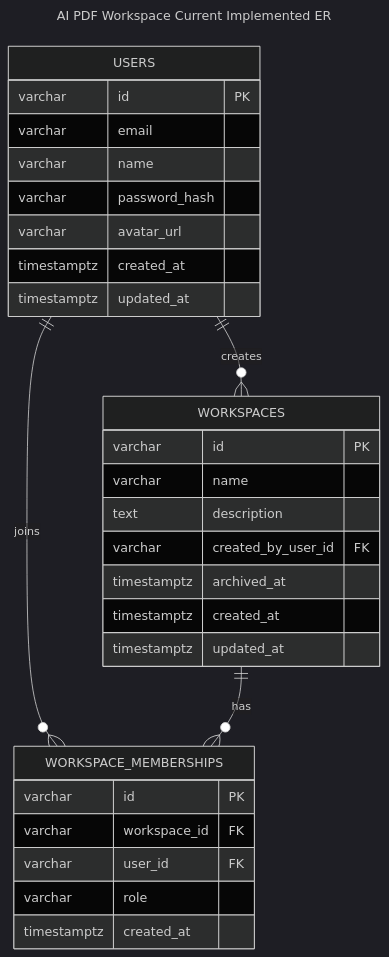
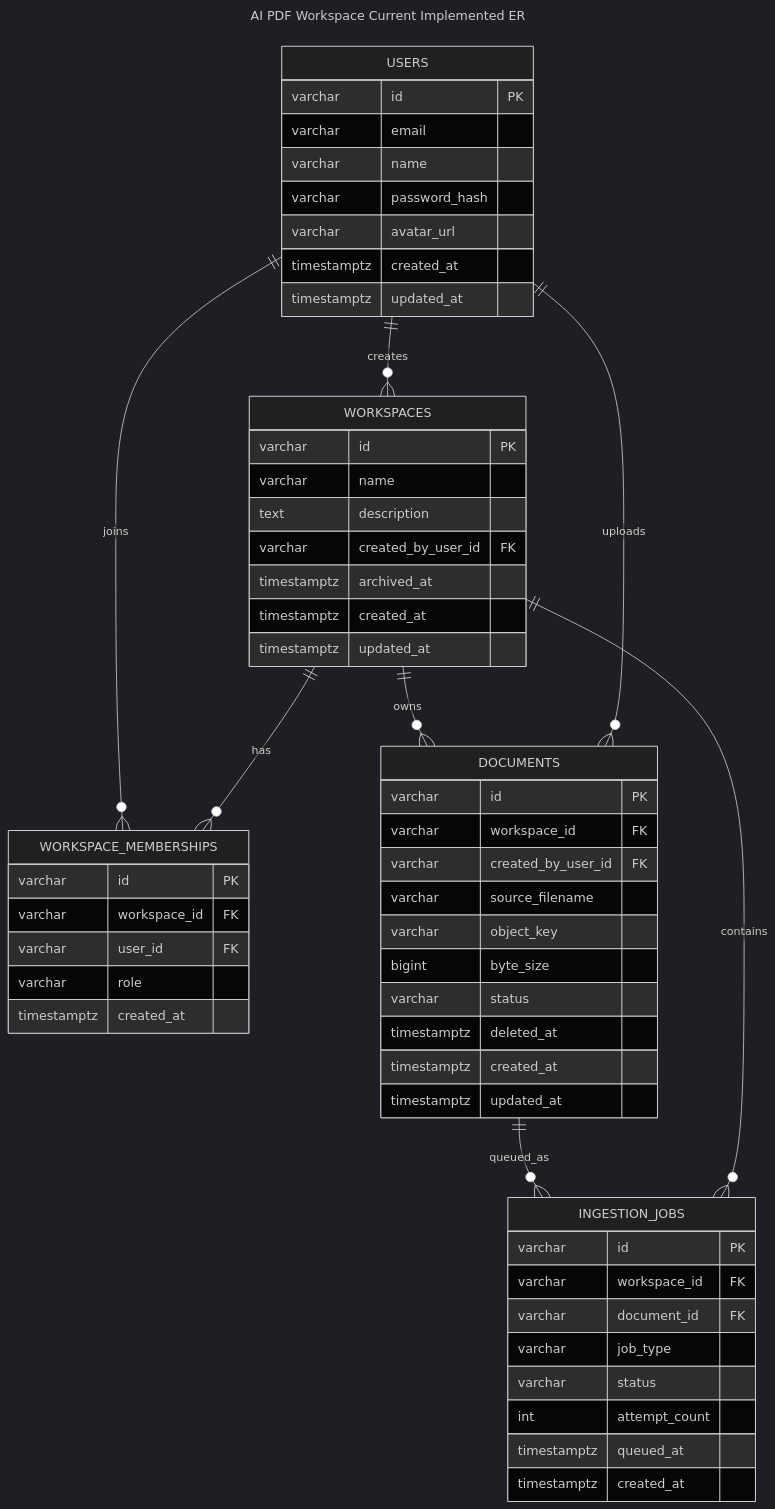
Before and after one commit to Gujiassh/ai-pdf-workspace: the first of 2 diagrams in docs/architecture/database-design.md, drawn with Mermaid (dark theme). The commit also changed other lines of this file and 36 other files, not shown here.

Commit message:
feat: 接通 documents 与 ingestion jobs 真链路

````diff
--- a/docs/architecture/database-design.md
+++ b/docs/architecture/database-design.md
@@ -762,37 +764,65 @@
 ```mermaid
 ---
 title: AI PDF Workspace Current Implemented ER
 ---
 erDiagram
     USERS {
         varchar id PK
         varchar email
         varchar name
         varchar password_hash
         varchar avatar_url
         timestamptz created_at
         timestamptz updated_at
     }
 
     WORKSPACES {
         varchar id PK
         varchar name
         text description
         varchar created_by_user_id FK
         timestamptz archived_at
         timestamptz created_at
         timestamptz updated_at
     }
 
     WORKSPACE_MEMBERSHIPS {
         varchar id PK
         varchar workspace_id FK
         varchar user_id FK
         varchar role
         timestamptz created_at
     }
 
+    DOCUMENTS {
+        varchar id PK
+        varchar workspace_id FK
+        varchar created_by_user_id FK
+        varchar source_filename
+        varchar object_key
+        bigint byte_size
+        varchar status
+        timestamptz deleted_at
+        timestamptz created_at
+        timestamptz updated_at
+    }
+
+    INGESTION_JOBS {
+        varchar id PK
+        varchar workspace_id FK
+        varchar document_id FK
+        varchar job_type
+        varchar status
+        int attempt_count
+        timestamptz queued_at
+        timestamptz created_at
+    }
+
     USERS ||--o{ WORKSPACES : creates
     USERS ||--o{ WORKSPACE_MEMBERSHIPS : joins
     WORKSPACES ||--o{ WORKSPACE_MEMBERSHIPS : has
+    WORKSPACES ||--o{ DOCUMENTS : owns
+    USERS ||--o{ DOCUMENTS : uploads
+    DOCUMENTS ||--o{ INGESTION_JOBS : queued_as
+    WORKSPACES ||--o{ INGESTION_JOBS : contains
 ```
````
